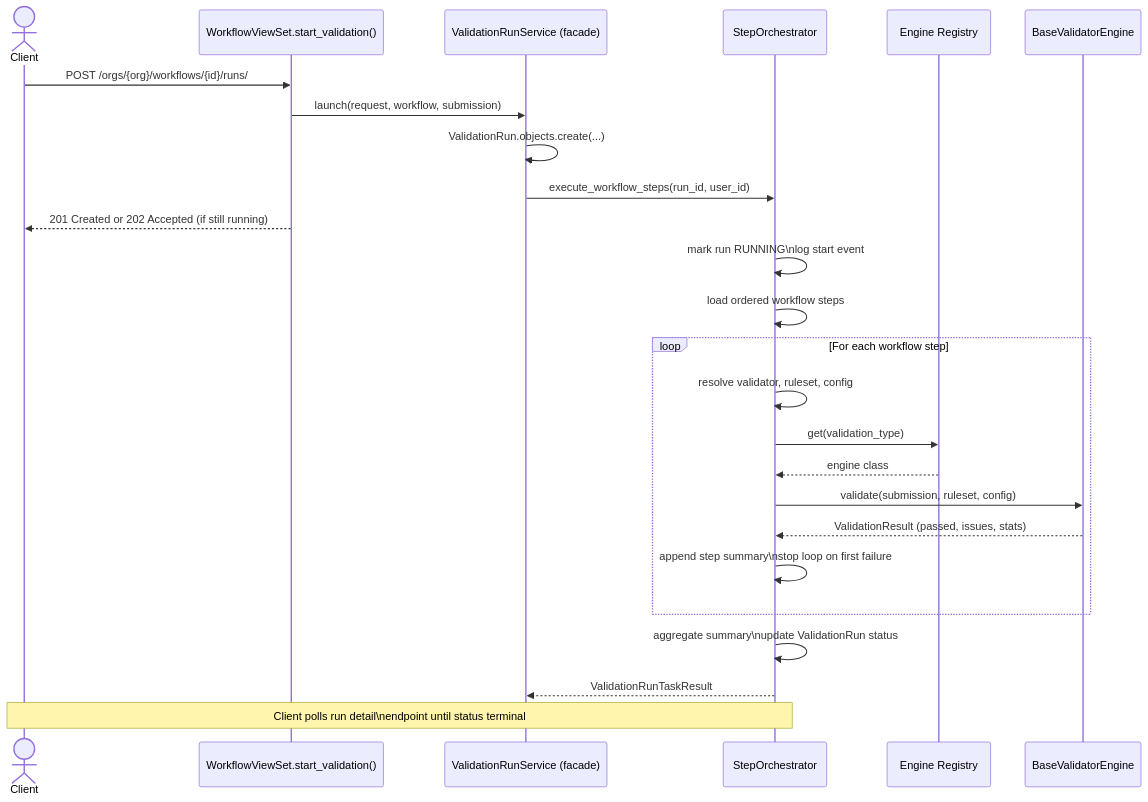
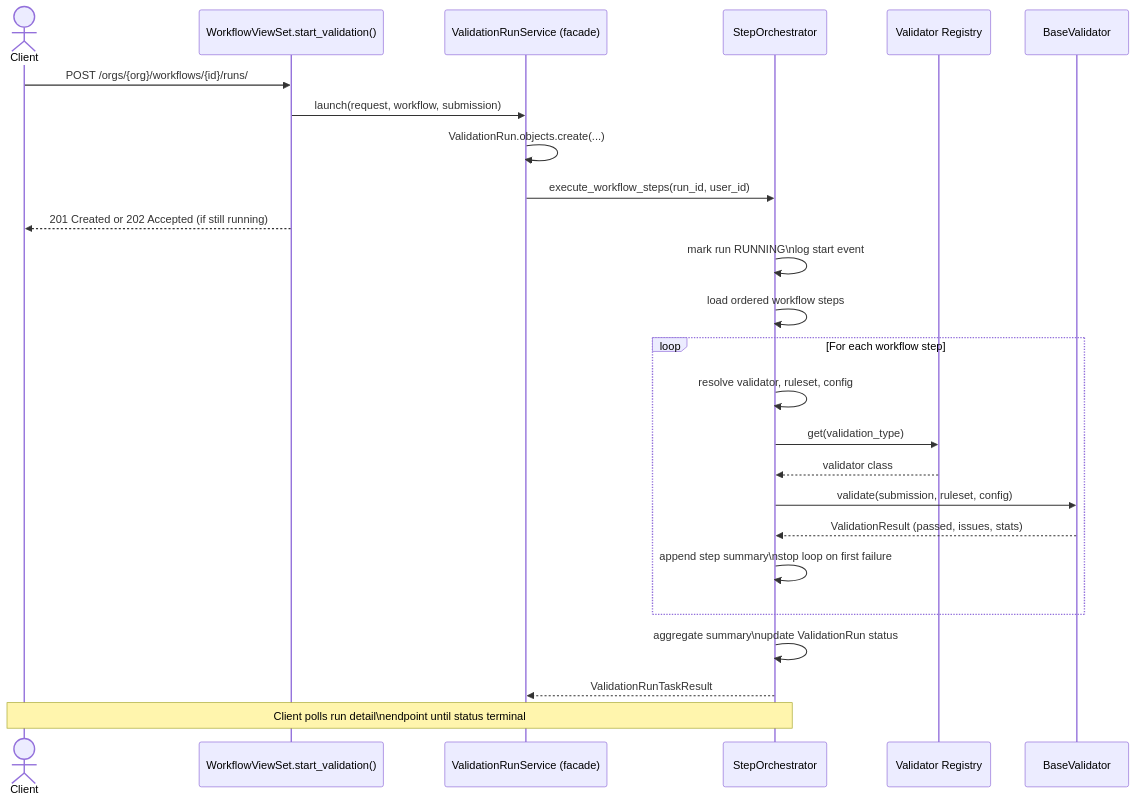
Before and after one commit to danielmcquillen/validibot: the diagram in docs/dev_docs/overview/how_it_works.md, drawn with Mermaid. The commit also changed other lines of this file and 135 other files, not shown here.

````diff
--- a/docs/dev_docs/overview/how_it_works.md
+++ b/docs/dev_docs/overview/how_it_works.md
@@ -270,31 +270,31 @@
 ```mermaid
 sequenceDiagram
     actor Client
     participant API as WorkflowViewSet.start_validation()
     participant Facade as ValidationRunService (facade)
     participant Orch as StepOrchestrator
-    participant Registry as Engine Registry
-    participant Engine as BaseValidatorEngine
+    participant Registry as Validator Registry
+    participant Val as BaseValidator
 
     Client->>API: POST /orgs/{org}/workflows/{id}/runs/
     API->>Facade: launch(request, workflow, submission)
     Facade->>Facade: ValidationRun.objects.create(...)
     Facade->>Orch: execute_workflow_steps(run_id, user_id)
     API-->>Client: 201 Created or 202 Accepted (if still running)
 
     Orch->>Orch: mark run RUNNING\nlog start event
     Orch->>Orch: load ordered workflow steps
 
     loop For each workflow step
         Orch->>Orch: resolve validator, ruleset, config
         Orch->>Registry: get(validation_type)
-        Registry-->>Orch: engine class
-        Orch->>Engine: validate(submission, ruleset, config)
-        Engine-->>Orch: ValidationResult (passed, issues, stats)
+        Registry-->>Orch: validator class
+        Orch->>Val: validate(submission, ruleset, config)
+        Val-->>Orch: ValidationResult (passed, issues, stats)
         Orch->>Orch: append step summary\nstop loop on first failure
     end
 
     Orch->>Orch: aggregate summary\nupdate ValidationRun status
     Orch-->>Facade: ValidationRunTaskResult
     note over Client,Orch: Client polls run detail\nendpoint until status terminal
 ```
````
